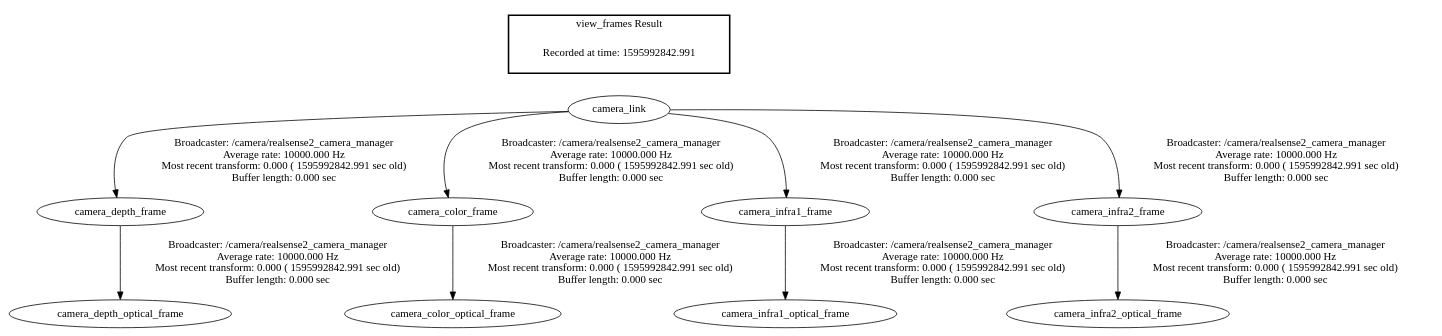
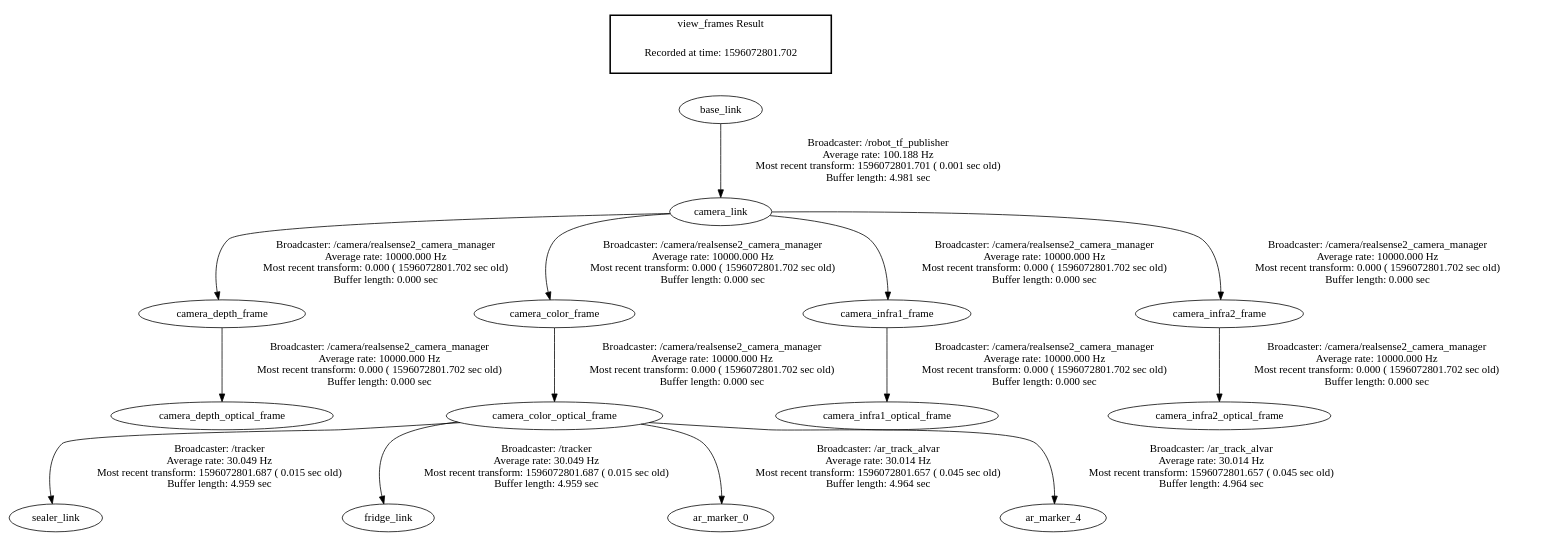
The diagram in prototyping/realsense_ar_tracking/src/frames.gv (LThurston98102534/Capstone), drawn with Graphviz before and after one commit. The commit also changed 2 other files, not shown here.

Commit message:
Generate new 'fridge' and 'sealer' frames when the camera can see it. The frames disappear when the camera cannot see it. All functionality is still in callback. Need to implement classes

```diff
--- a/prototyping/realsense_ar_tracking/src/frames.gv
+++ b/prototyping/realsense_ar_tracking/src/frames.gv
@@ -1,14 +1,19 @@
 digraph G {
-"camera_link" -> "camera_depth_frame"[label="Broadcaster: /camera/realsense2_camera_manager\nAverage rate: 10000.000 Hz\nMost recent transform: 0.000 ( 1595992842.991 sec old)\nBuffer length: 0.000 sec\n"];
-"camera_depth_frame" -> "camera_depth_optical_frame"[label="Broadcaster: /camera/realsense2_camera_manager\nAverage rate: 10000.000 Hz\nMost recent transform: 0.000 ( 1595992842.991 sec old)\nBuffer length: 0.000 sec\n"];
-"camera_link" -> "camera_color_frame"[label="Broadcaster: /camera/realsense2_camera_manager\nAverage rate: 10000.000 Hz\nMost recent transform: 0.000 ( 1595992842.991 sec old)\nBuffer length: 0.000 sec\n"];
-"camera_color_frame" -> "camera_color_optical_frame"[label="Broadcaster: /camera/realsense2_camera_manager\nAverage rate: 10000.000 Hz\nMost recent transform: 0.000 ( 1595992842.991 sec old)\nBuffer length: 0.000 sec\n"];
-"camera_link" -> "camera_infra1_frame"[label="Broadcaster: /camera/realsense2_camera_manager\nAverage rate: 10000.000 Hz\nMost recent transform: 0.000 ( 1595992842.991 sec old)\nBuffer length: 0.000 sec\n"];
-"camera_infra1_frame" -> "camera_infra1_optical_frame"[label="Broadcaster: /camera/realsense2_camera_manager\nAverage rate: 10000.000 Hz\nMost recent transform: 0.000 ( 1595992842.991 sec old)\nBuffer length: 0.000 sec\n"];
-"camera_link" -> "camera_infra2_frame"[label="Broadcaster: /camera/realsense2_camera_manager\nAverage rate: 10000.000 Hz\nMost recent transform: 0.000 ( 1595992842.991 sec old)\nBuffer length: 0.000 sec\n"];
-"camera_infra2_frame" -> "camera_infra2_optical_frame"[label="Broadcaster: /camera/realsense2_camera_manager\nAverage rate: 10000.000 Hz\nMost recent transform: 0.000 ( 1595992842.991 sec old)\nBuffer length: 0.000 sec\n"];
+"camera_link" -> "camera_depth_frame"[label="Broadcaster: /camera/realsense2_camera_manager\nAverage rate: 10000.000 Hz\nMost recent transform: 0.000 ( 1596072801.702 sec old)\nBuffer length: 0.000 sec\n"];
+"base_link" -> "camera_link"[label="Broadcaster: /robot_tf_publisher\nAverage rate: 100.188 Hz\nMost recent transform: 1596072801.701 ( 0.001 sec old)\nBuffer length: 4.981 sec\n"];
+"camera_depth_frame" -> "camera_depth_optical_frame"[label="Broadcaster: /camera/realsense2_camera_manager\nAverage rate: 10000.000 Hz\nMost recent transform: 0.000 ( 1596072801.702 sec old)\nBuffer length: 0.000 sec\n"];
+"camera_link" -> "camera_color_frame"[label="Broadcaster: /camera/realsense2_camera_manager\nAverage rate: 10000.000 Hz\nMost recent transform: 0.000 ( 1596072801.702 sec old)\nBuffer length: 0.000 sec\n"];
+"camera_color_frame" -> "camera_color_optical_frame"[label="Broadcaster: /camera/realsense2_camera_manager\nAverage rate: 10000.000 Hz\nMost recent transform: 0.000 ( 1596072801.702 sec old)\nBuffer length: 0.000 sec\n"];
+"camera_link" -> "camera_infra1_frame"[label="Broadcaster: /camera/realsense2_camera_manager\nAverage rate: 10000.000 Hz\nMost recent transform: 0.000 ( 1596072801.702 sec old)\nBuffer length: 0.000 sec\n"];
+"camera_infra1_frame" -> "camera_infra1_optical_frame"[label="Broadcaster: /camera/realsense2_camera_manager\nAverage rate: 10000.000 Hz\nMost recent transform: 0.000 ( 1596072801.702 sec old)\nBuffer length: 0.000 sec\n"];
+"camera_link" -> "camera_infra2_frame"[label="Broadcaster: /camera/realsense2_camera_manager\nAverage rate: 10000.000 Hz\nMost recent transform: 0.000 ( 1596072801.702 sec old)\nBuffer length: 0.000 sec\n"];
+"camera_infra2_frame" -> "camera_infra2_optical_frame"[label="Broadcaster: /camera/realsense2_camera_manager\nAverage rate: 10000.000 Hz\nMost recent transform: 0.000 ( 1596072801.702 sec old)\nBuffer length: 0.000 sec\n"];
+"camera_color_optical_frame" -> "sealer_link"[label="Broadcaster: /tracker\nAverage rate: 30.049 Hz\nMost recent transform: 1596072801.687 ( 0.015 sec old)\nBuffer length: 4.959 sec\n"];
+"camera_color_optical_frame" -> "fridge_link"[label="Broadcaster: /tracker\nAverage rate: 30.049 Hz\nMost recent transform: 1596072801.687 ( 0.015 sec old)\nBuffer length: 4.959 sec\n"];
+"camera_color_optical_frame" -> "ar_marker_0"[label="Broadcaster: /ar_track_alvar\nAverage rate: 30.014 Hz\nMost recent transform: 1596072801.657 ( 0.045 sec old)\nBuffer length: 4.964 sec\n"];
+"camera_color_optical_frame" -> "ar_marker_4"[label="Broadcaster: /ar_track_alvar\nAverage rate: 30.014 Hz\nMost recent transform: 1596072801.657 ( 0.045 sec old)\nBuffer length: 4.964 sec\n"];
 edge [style=invis];
  subgraph cluster_legend { style=bold; color=black; label ="view_frames Result";
-"Recorded at time: 1595992842.991"[ shape=plaintext ] ;
- }->"camera_link";
+"Recorded at time: 1596072801.702"[ shape=plaintext ] ;
+ }->"base_link";
 }
```
